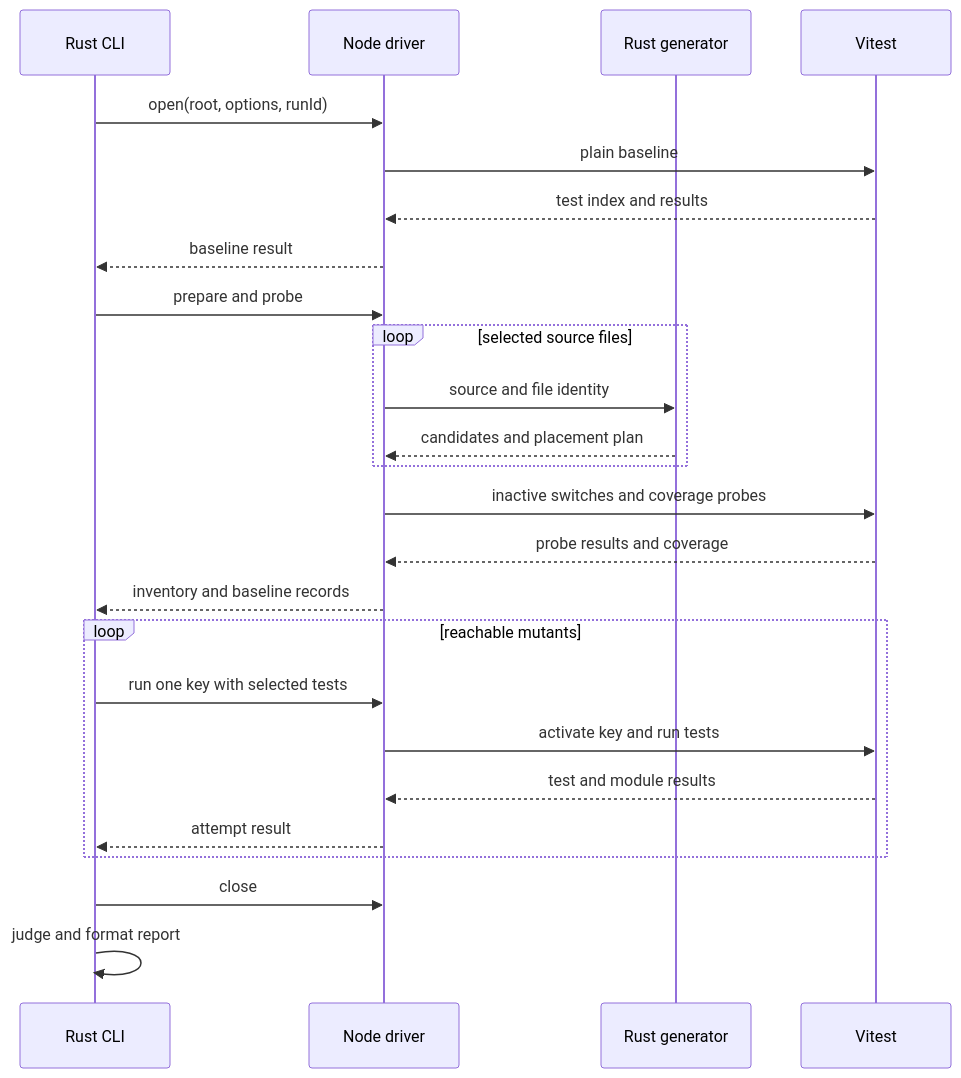
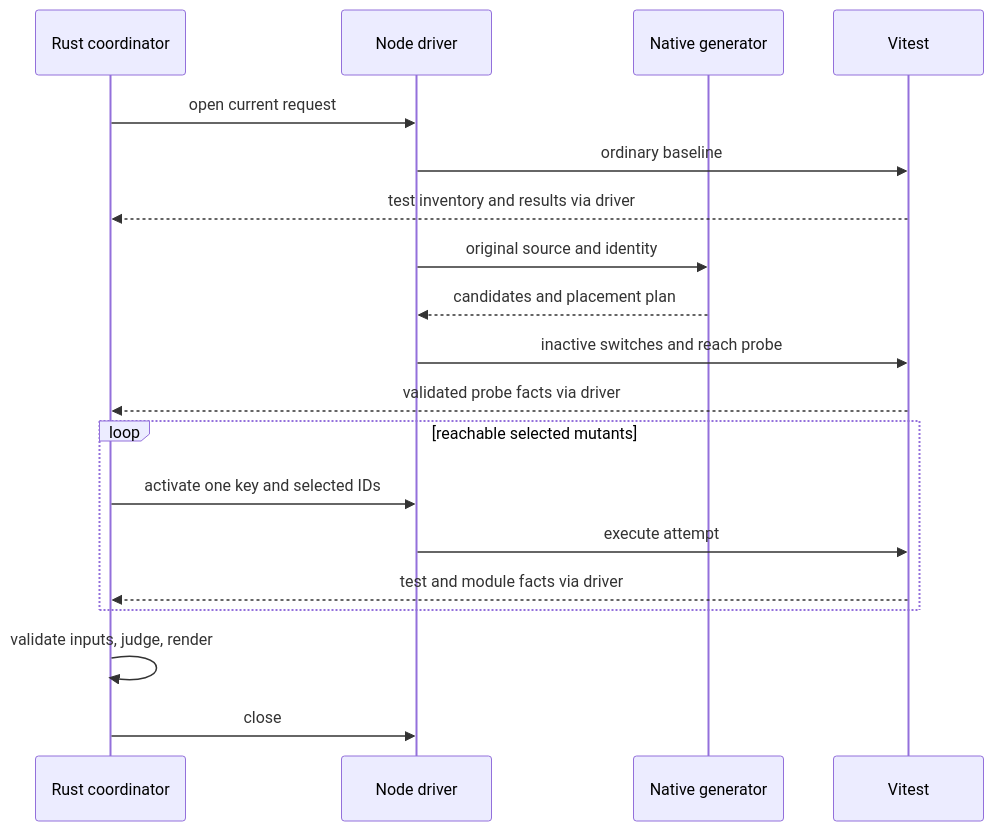
One commit to jp-knj/errspec changed the diagram in docs/products/errspec/features/mutation-testing/design.md. Above: the diagram before and after it, drawn with Mermaid. The commit also changed other lines of this file and 31 other files, not shown here.

````diff
--- a/docs/products/errspec/features/mutation-testing/design.md
+++ b/docs/products/errspec/features/mutation-testing/design.md
@@ -136,27 +102,21 @@
 ```mermaid
 sequenceDiagram
-    participant C as Rust CLI
+    participant C as Rust coordinator
     participant D as Node driver
-    participant G as Rust generator
+    participant G as Native generator
     participant V as Vitest
-    C->>D: open(root, options, runId)
-    D->>V: plain baseline
-    V-->>D: test index and results
-    D-->>C: baseline result
-    C->>D: prepare and probe
-    loop selected source files
-        D->>G: source and file identity
-        G-->>D: candidates and placement plan
+    C->>D: open current request
+    D->>V: ordinary baseline
+    V-->>C: test inventory and results via driver
+    D->>G: original source and identity
+    G-->>D: candidates and placement plan
+    D->>V: inactive switches and reach probe
+    V-->>C: validated probe facts via driver
+    loop reachable selected mutants
+        C->>D: activate one key and selected IDs
+        D->>V: execute attempt
+        V-->>C: test and module facts via driver
     end
-    D->>V: inactive switches and coverage probes
-    V-->>D: probe results and coverage
-    D-->>C: inventory and baseline records
-    loop reachable mutants
-        C->>D: run one key with selected tests
-        D->>V: activate key and run tests
-        V-->>D: test and module results
-        D-->>C: attempt result
-    end
+    C->>C: validate inputs, judge, render
     C->>D: close
-    C->>C: judge and format report
 ```
````
